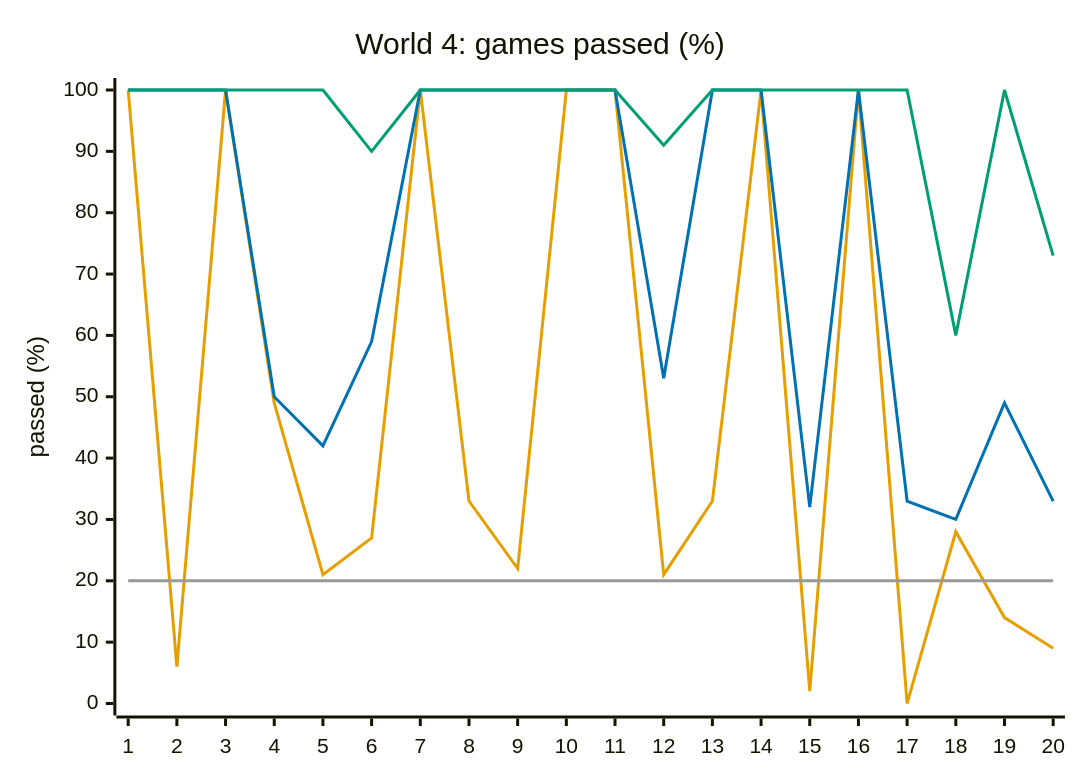
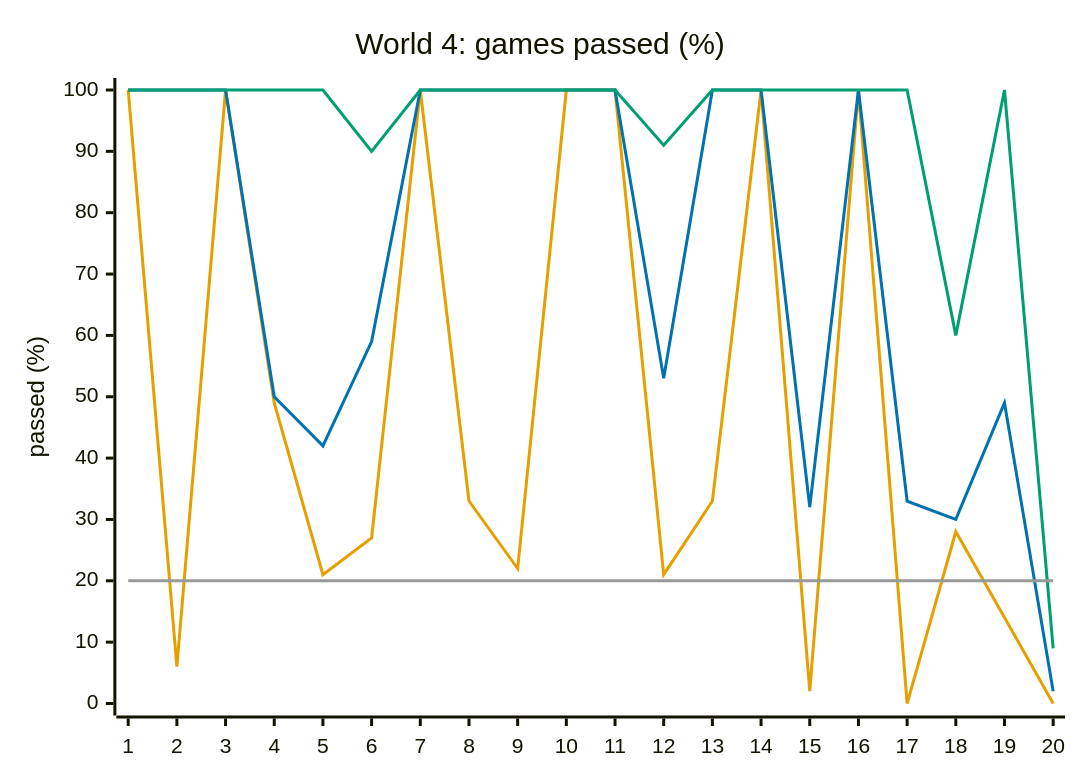
Before and after one commit to Pavelya/dots: the seventh of 8 diagrams in docs/design/difficulty.md, drawn with Mermaid. The commit also changed other lines of this file and 35 other files, not shown here.

````diff
--- a/docs/design/difficulty.md
+++ b/docs/design/difficulty.md
@@ -230,11 +235,11 @@
 ```mermaid
 %%{init: {"themeVariables": {"xyChart": {"plotColorPalette": "#E69F00, #0072B2, #009E73, #999999"}}}}%%
 xychart-beta
     title "World 4: games passed (%)"
     x-axis ["1", "2", "3", "4", "5", "6", "7", "8", "9", "10", "11", "12", "13", "14", "15", "16", "17", "18", "19", "20"]
     y-axis "passed (%)" 0 --> 100
-    line [100, 6, 100, 49, 21, 27, 100, 33, 22, 100, 100, 21, 33, 100, 2, 100, 0, 28, 14, 9]
-    line [100, 100, 100, 50, 42, 59, 100, 100, 100, 100, 100, 53, 100, 100, 32, 100, 33, 30, 49, 33]
-    line [100, 100, 100, 100, 100, 90, 100, 100, 100, 100, 100, 91, 100, 100, 100, 100, 100, 60, 100, 73]
+    line [100, 6, 100, 49, 21, 27, 100, 33, 22, 100, 100, 21, 33, 100, 2, 100, 0, 28, 14, 0]
+    line [100, 100, 100, 50, 42, 59, 100, 100, 100, 100, 100, 53, 100, 100, 32, 100, 33, 30, 49, 2]
+    line [100, 100, 100, 100, 100, 90, 100, 100, 100, 100, 100, 91, 100, 100, 100, 100, 100, 60, 100, 9]
     line [20, 20, 20, 20, 20, 20, 20, 20, 20, 20, 20, 20, 20, 20, 20, 20, 20, 20, 20, 20]
 ```
````
